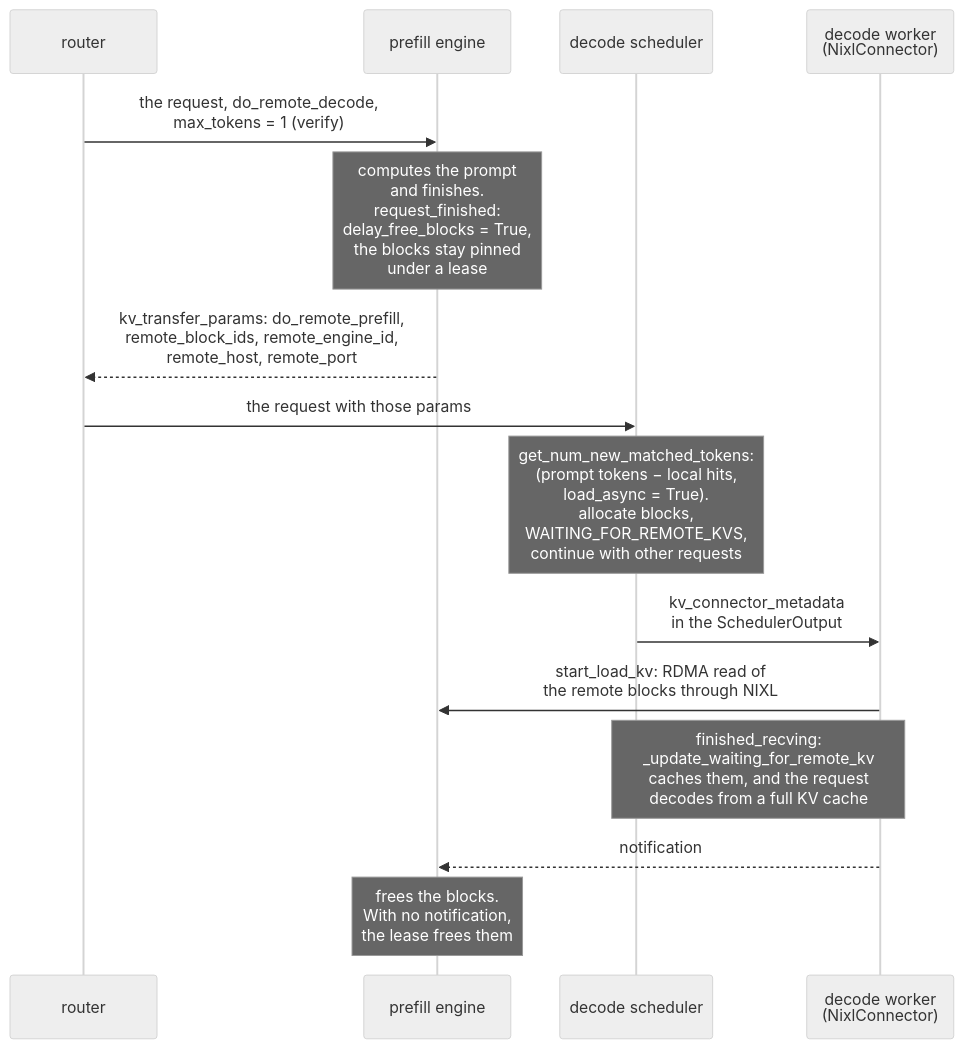
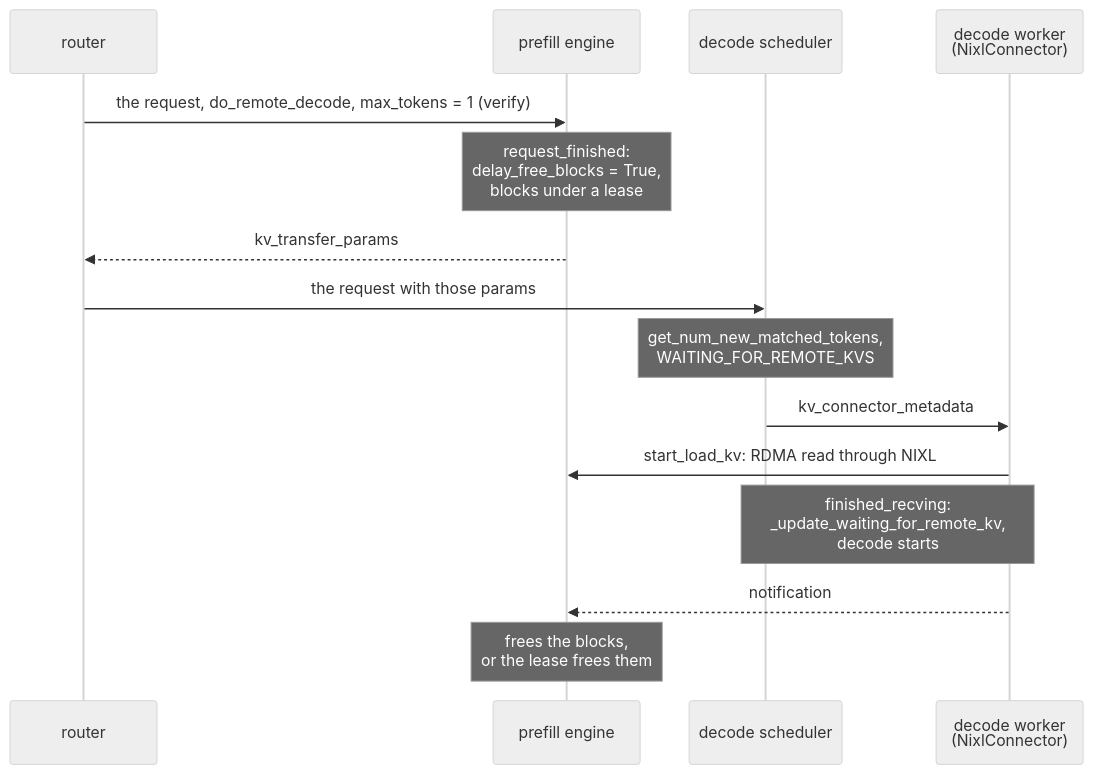
Before and after one commit to aniryou/full-stack-agentic-engineer: the fourth of 5 diagrams in 04-inference-engine/vllm-internals/vllm-internals-primer.md, drawn with Mermaid (neutral theme). The commit also changed other lines of this file and 633 other files, not shown here.

First line of the commit message:
Accessible language and one-screen figures, part 1: every figure fits a screen, the STE second pass over the layers (#53)

````diff
--- a/04-inference-engine/vllm-internals/vllm-internals-primer.md
+++ b/04-inference-engine/vllm-internals/vllm-internals-primer.md
@@ -1586,17 +1592,17 @@
 ```mermaid
 sequenceDiagram
     participant R as router
     participant P as prefill engine
     participant S as decode scheduler
     participant W as decode worker<br/>(NixlConnector)
-    R->>P: the request, do_remote_decode,<br/>max_tokens = 1 (verify)
-    Note over P: computes the prompt<br/>and finishes.<br/>request_finished:<br/>delay_free_blocks = True,<br/>the blocks stay pinned<br/>under a lease
-    P-->>R: kv_transfer_params: do_remote_prefill,<br/>remote_block_ids, remote_engine_id,<br/>remote_host, remote_port
+    R->>P: the request, do_remote_decode, max_tokens = 1 (verify)
+    Note over P: request_finished:<br/>delay_free_blocks = True,<br/>blocks under a lease
+    P-->>R: kv_transfer_params
     R->>S: the request with those params
-    Note over S: get_num_new_matched_tokens:<br/>(prompt tokens − local hits,<br/>load_async = True).<br/>allocate blocks,<br/>WAITING_FOR_REMOTE_KVS,<br/>continue with other requests
-    S->>W: kv_connector_metadata<br/>in the SchedulerOutput
-    W->>P: start_load_kv: RDMA read of<br/>the remote blocks through NIXL
-    Note over S,W: finished_recving:<br/>_update_waiting_for_remote_kv<br/>caches them, and the request<br/>decodes from a full KV cache
+    Note over S: get_num_new_matched_tokens,<br/>WAITING_FOR_REMOTE_KVS
+    S->>W: kv_connector_metadata
+    W->>P: start_load_kv: RDMA read through NIXL
+    Note over S,W: finished_recving:<br/>_update_waiting_for_remote_kv,<br/>decode starts
     W-->>P: notification
-    Note over P: frees the blocks.<br/>With no notification,<br/>the lease frees them
+    Note over P: frees the blocks,<br/>or the lease frees them
 ```
````
